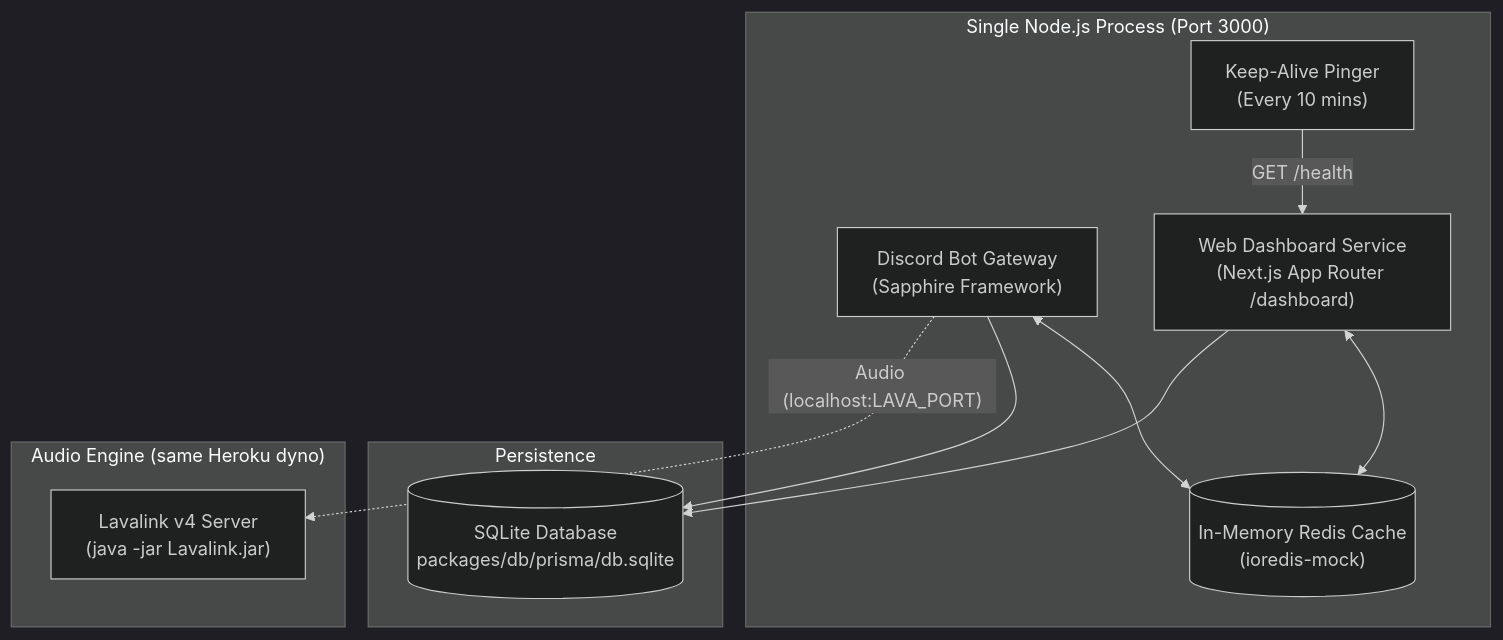
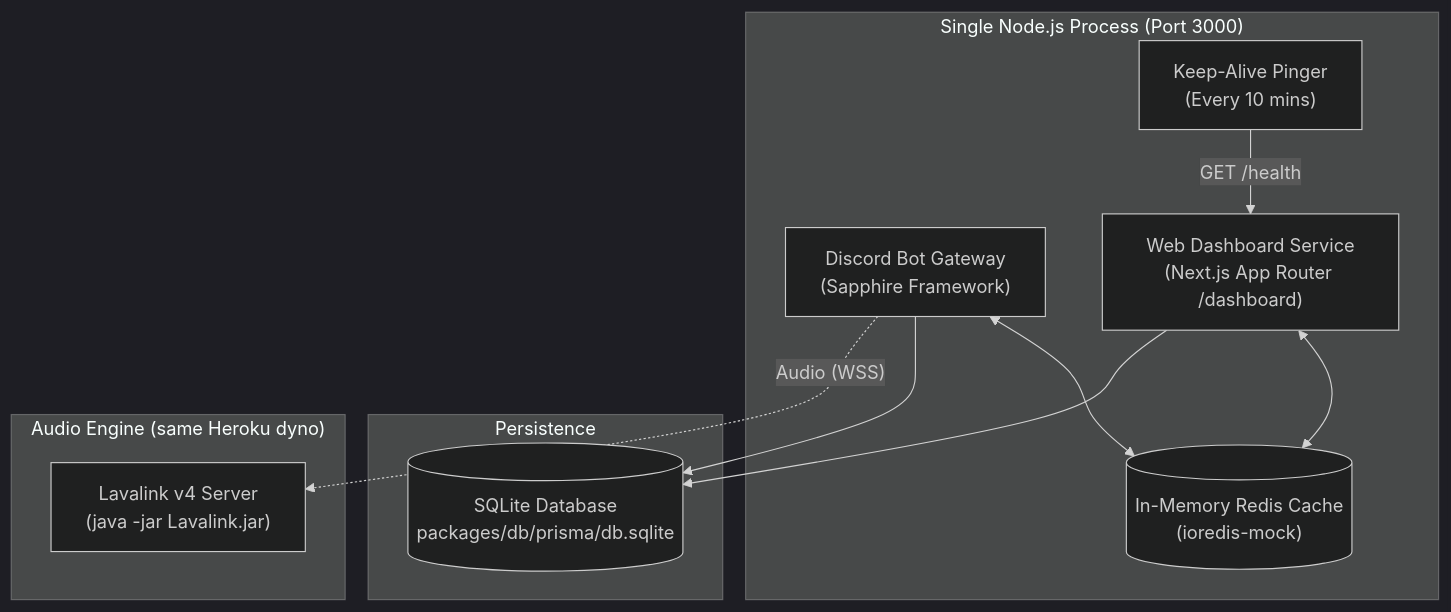
One commit to PhantomNimbi/Master-Bot changed the diagram in wiki/Deployment.md. Above: the diagram before and after it, drawn with Mermaid (dark theme). The commit also changed other lines of this file and 6 other files, not shown here.

````diff
--- a/wiki/Deployment.md
+++ b/wiki/Deployment.md
@@ -11,24 +11,24 @@
 ```mermaid
 flowchart TD
     subgraph SingleProcess ["Single Node.js Process (Port 3000)"]
         Bot["Discord Bot Gateway<br/>(Sapphire Framework)"]
         Dashboard["Web Dashboard Service<br/>(Next.js App Router /dashboard)"]
         Cache[("In-Memory Redis Cache<br/>(ioredis-mock)")]
         KeepAlive["Keep-Alive Pinger<br/>(Every 10 mins)"]
     end
 
     subgraph Storage ["Persistence"]
         DB[("SQLite Database<br/>packages/db/prisma/db.sqlite")]
     end
 
     subgraph AudioEngine ["Audio Engine (same Heroku dyno)"]
         Lavalink["Lavalink v4 Server<br/>(java -jar Lavalink.jar)"]
     end
 
     Bot <--> Cache
     Dashboard <--> Cache
     Bot --> DB
     Dashboard --> DB
-    Bot -.->|"Audio (localhost:LAVA_PORT)"| Lavalink
+    Bot -.->|"Audio (WSS)"| Lavalink
     KeepAlive -->|"GET /health"| Dashboard
 ```
````
